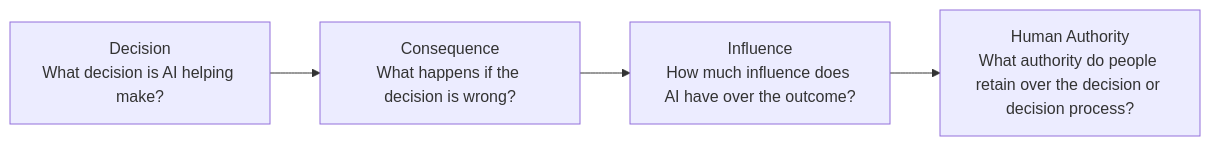
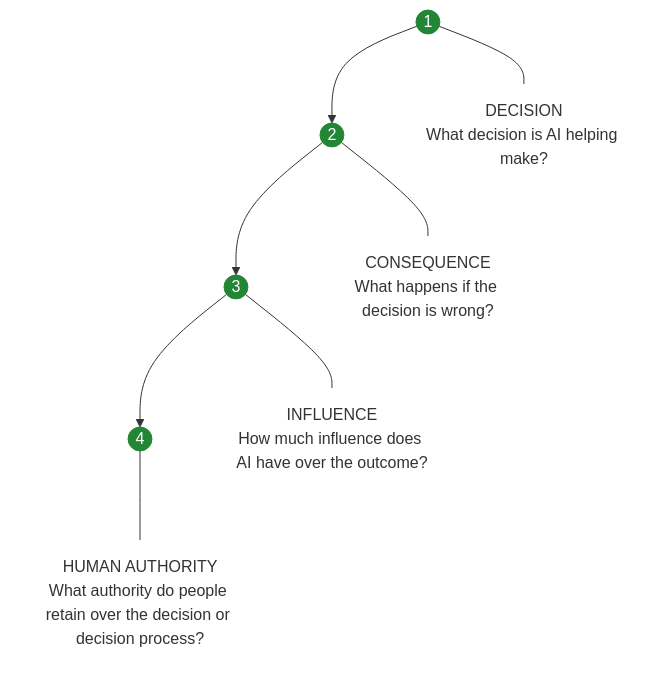
One commit to GrayBeardGovernance/AADAG changed the diagram in README.md. Above: the diagram before and after it, drawn with Mermaid.

Commit message:
Refine Decision Path as waypoint route

````diff
--- a/README.md
+++ b/README.md
@@ -25,9 +25,19 @@
 ```mermaid
-graph LR
-    A["Decision<br/>What decision is AI helping make?"]
-    B["Consequence<br/>What happens if the decision is wrong?"]
-    C["Influence<br/>How much influence does AI have over the outcome?"]
-    D["Human Authority<br/>What authority do people retain over the decision or decision process?"]
+flowchart TD
+    A(("1")) --> B(("2")) --> C(("3")) --> D(("4"))
 
-    A --> B --> C --> D
+    A --- AT["DECISION<br/>What decision is AI helping make?"]
+    B --- BT["CONSEQUENCE<br/>What happens if the decision is wrong?"]
+    C --- CT["INFLUENCE<br/>How much influence does AI have over the outcome?"]
+    D --- DT["HUMAN AUTHORITY<br/>What authority do people retain over the decision or decision process?"]
+
+    style A fill:#238636,stroke:#238636,color:#fff
+    style B fill:#238636,stroke:#238636,color:#fff
+    style C fill:#238636,stroke:#238636,color:#fff
+    style D fill:#238636,stroke:#238636,color:#fff
+
+    style AT fill:none,stroke:none
+    style BT fill:none,stroke:none
+    style CT fill:none,stroke:none
+    style DT fill:none,stroke:none
 ```
````
